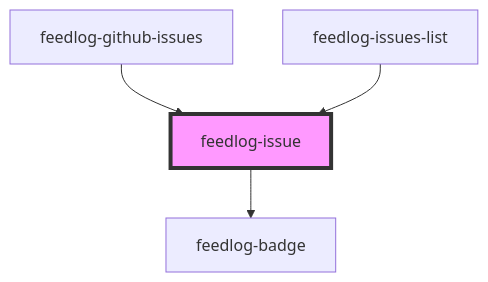
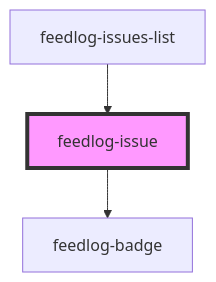
One commit to FeedlogAI/feedlog-toolkit changed the diagram in packages/webcomponents/src/components/feedlog-issue/readme.md. Above: the diagram before and after it, drawn with Mermaid. The commit also changed other lines of this file and 10 other files, not shown here.

First line of the commit message:
feat: enhance FeedlogIssuesList component with empty state properties

````diff
--- a/packages/webcomponents/src/components/feedlog-issue/readme.md
+++ b/packages/webcomponents/src/components/feedlog-issue/readme.md
@@ -103,7 +102,6 @@
 ```mermaid
 graph TD;
   feedlog-issue --> feedlog-badge
-  feedlog-github-issues --> feedlog-issue
   feedlog-issues-list --> feedlog-issue
   style feedlog-issue fill:#f9f,stroke:#333,stroke-width:4px
 ```
````
